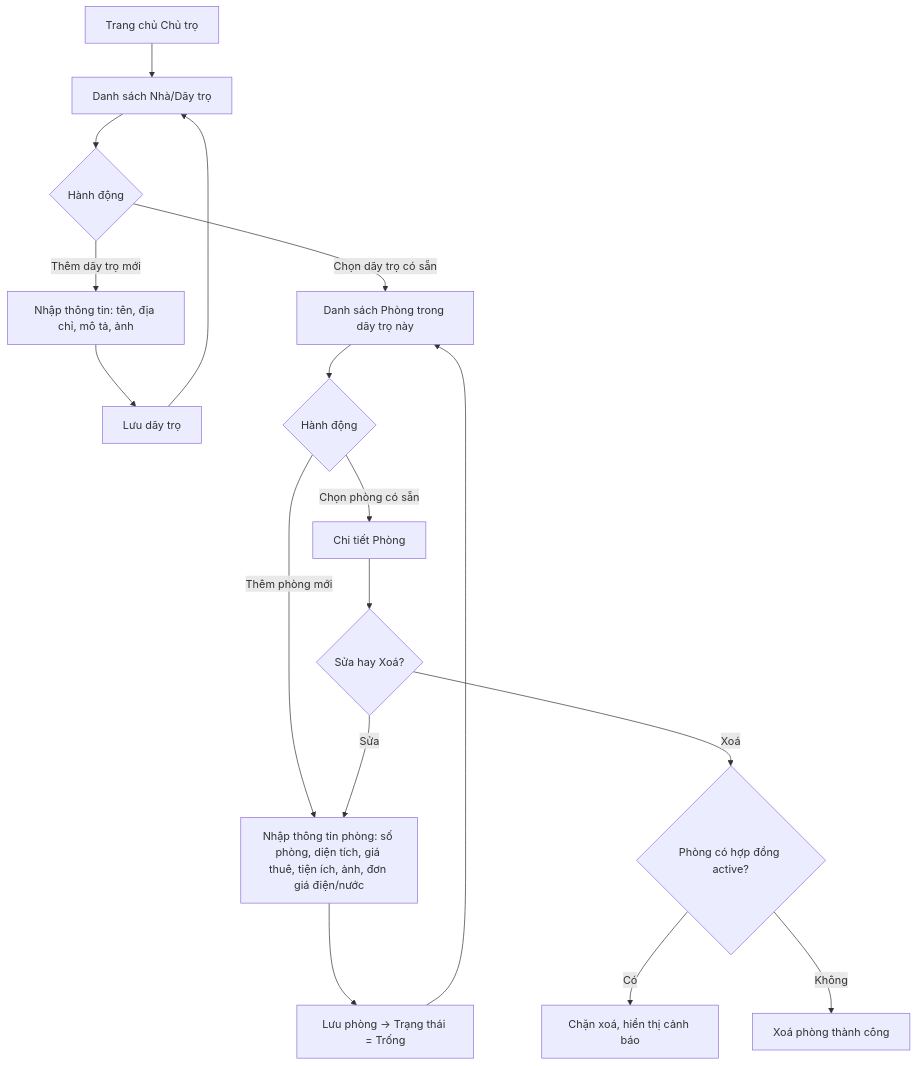
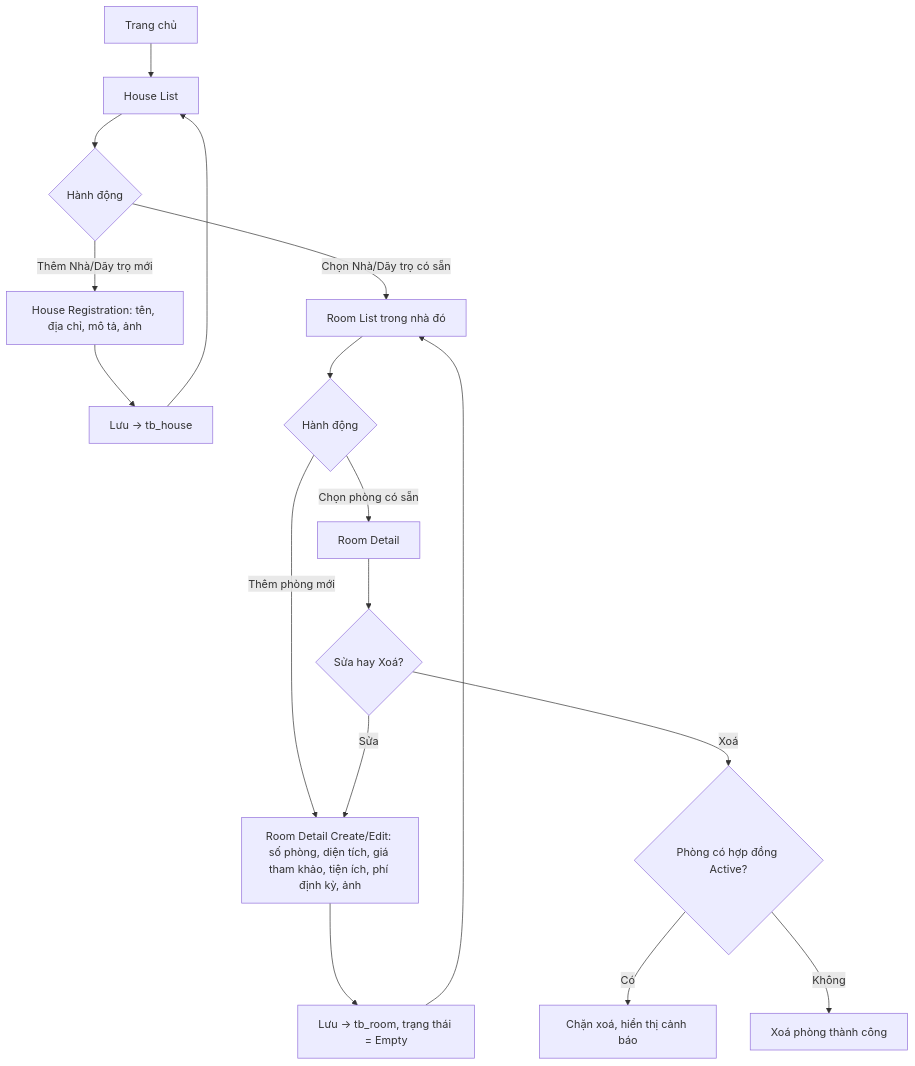
Before and after one commit to townsoft-dev/biztown-rent: the fourth of 10 diagrams in docs/USER-FLOWS.md, drawn with Mermaid. The commit also changed other lines of this file and 3 other files, not shown here.

Commit message:
chỉnh sửa decicions.md, business-rules.md, product-overview.md, user-flows.md version 2, thu gọn phạm vi phase 1

````diff
--- a/docs/USER-FLOWS.md
+++ b/docs/USER-FLOWS.md
@@ -73,19 +80,19 @@
 ```mermaid
 flowchart TD
-    A[Trang chủ Chủ trọ] --> B[Danh sách Nhà/Dãy trọ]
+    A[Trang chủ] --> B[House List]
     B --> C{Hành động}
-    C -- Thêm dãy trọ mới --> D[Nhập thông tin: tên, địa chỉ, mô tả, ảnh]
-    D --> E[Lưu dãy trọ]
+    C -- Thêm Nhà/Dãy trọ mới --> D[House Registration: tên, địa chỉ, mô tả, ảnh]
+    D --> E[Lưu -> tb_house]
     E --> B
-    C -- Chọn dãy trọ có sẵn --> F[Danh sách Phòng trong dãy trọ này]
+    C -- Chọn Nhà/Dãy trọ có sẵn --> F[Room List trong nhà đó]
     F --> G{Hành động}
-    G -- Thêm phòng mới --> H[Nhập thông tin phòng: số phòng, diện tích, giá thuê, tiện ích, ảnh, đơn giá điện/nước]
-    H --> I[Lưu phòng -> Trạng thái = Trống]
+    G -- Thêm phòng mới --> H[Room Detail Create/Edit: số phòng, diện tích, giá tham khảo, tiện ích, phí định kỳ, ảnh]
+    H --> I[Lưu -> tb_room, trạng thái = Empty]
     I --> F
-    G -- Chọn phòng có sẵn --> J[Chi tiết Phòng]
+    G -- Chọn phòng có sẵn --> J[Room Detail]
     J --> K{Sửa hay Xoá?}
     K -- Sửa --> H
-    K -- Xoá --> L{Phòng có hợp đồng active?}
+    K -- Xoá --> L{Phòng có hợp đồng Active?}
     L -- Có --> M[Chặn xoá, hiển thị cảnh báo]
     L -- Không --> N[Xoá phòng thành công]
 ```
````
